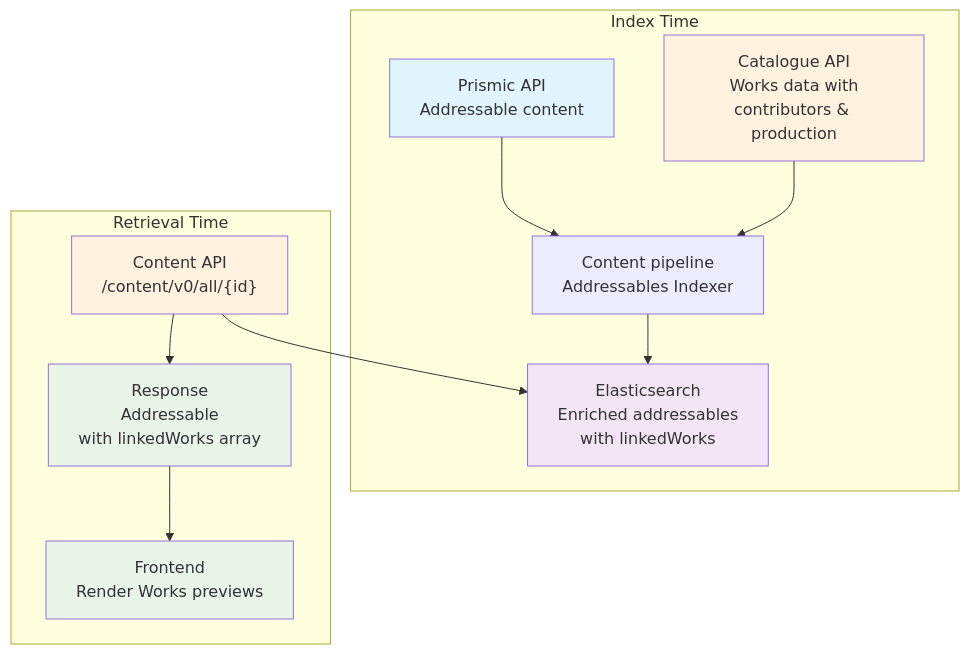
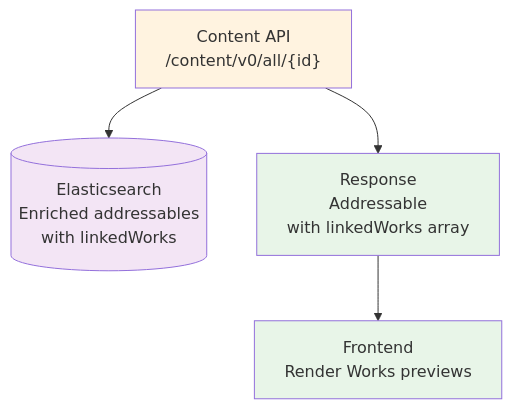
The second of 2 diagrams in rfcs/077-enriching-addressables-with-works/README.md (wellcomecollection/docs), drawn with Mermaid before and after one commit. The commit also changed other lines of this file, not shown here.

````diff
--- a/rfcs/077-enriching-addressables-with-works/README.md
+++ b/rfcs/077-enriching-addressables-with-works/README.md
@@ -36,21 +58,11 @@
 ```mermaid
 graph TD
-    subgraph "Index Time"
-        A["Prismic API<br/>Addressable content"] --> B["Content pipeline<br/>Addressables Indexer"]
-        C["Catalogue API<br/>Works data with<br/>contributors & production"] --> B
-        B --> D["Elasticsearch<br/>Enriched addressables<br/>with linkedWorks"]
-    end
+    E["Content API<br/>/content/v0/all/{id}"] --> D[("Elasticsearch<br/>Enriched addressables<br/>with linkedWorks")]
+    E --> F["Response<br/>Addressable<br/>with linkedWorks array"]
+    F --> G["Frontend<br/>Render Works previews"]
 
-    subgraph "Retrieval Time"
-        E["Content API<br/>/content/v0/all/{id}"] --> D
-        E --> F["Response<br/>Addressable<br/>with linkedWorks array"]
-        F --> G["Frontend<br/>Render Works previews"]
-    end
-
-    style A fill:#e1f5fe
-    style C fill:#fff3e0
     style D fill:#f3e5f5
     style E fill:#fff3e0
     style F fill:#e8f5e8
     style G fill:#e8f5e8
 ```
````
